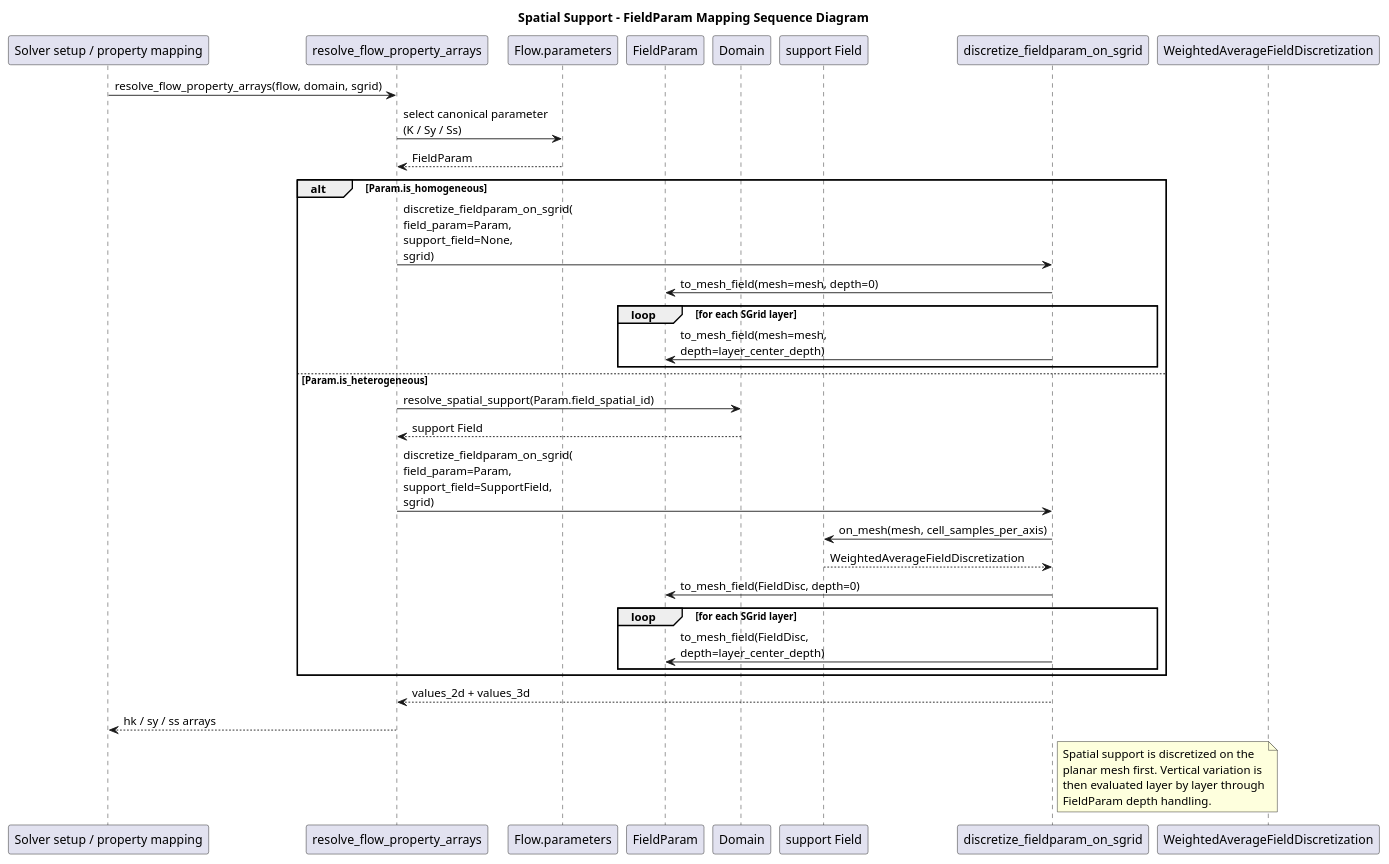
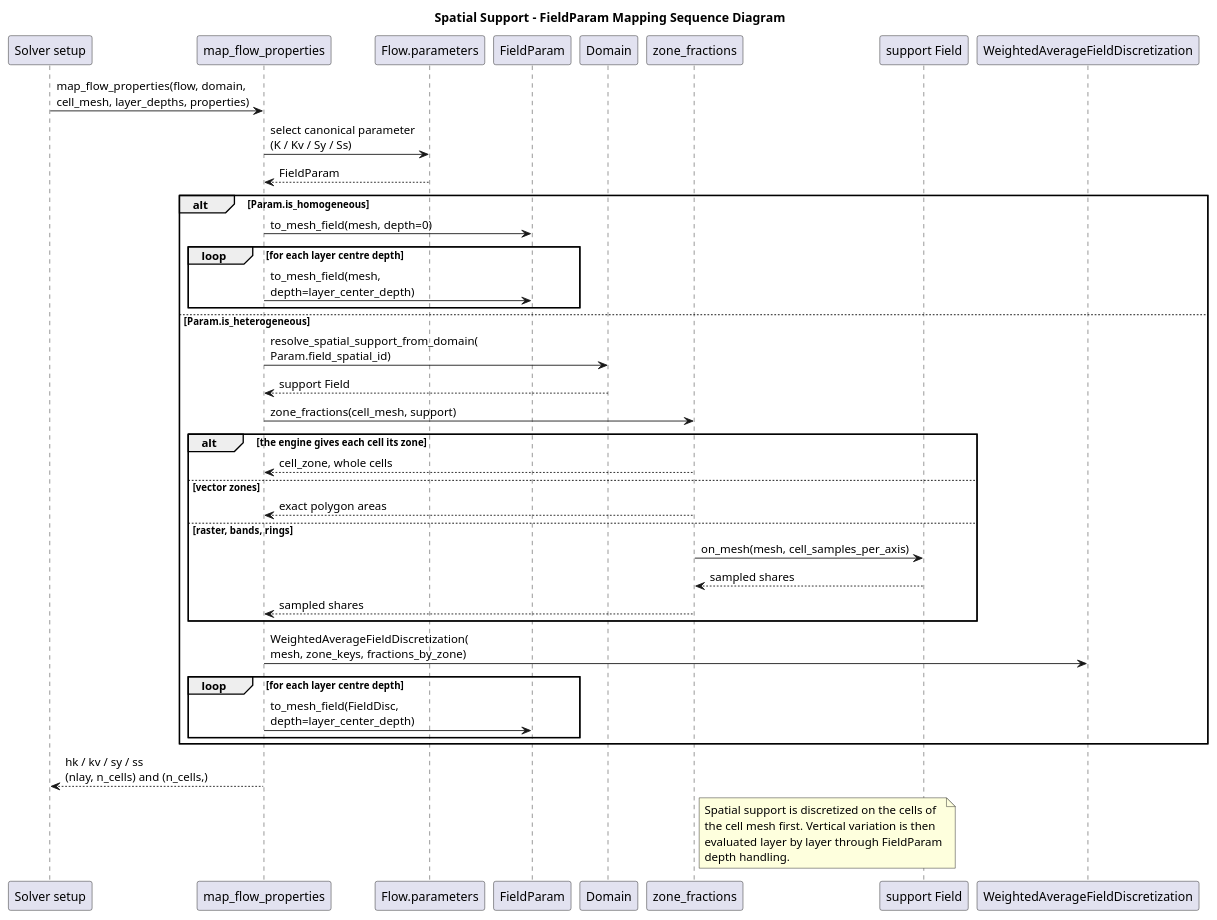
One commit to HydroModPy/HydroModPy changed the diagram in docs/source/contribute/architecture/spatial_support/diagrams/spatial_support_fieldparam_sequence.wsd. Above: the diagram before and after it, drawn with PlantUML. The commit also changed 367 other files, not shown here.

```diff
--- a/docs/source/contribute/architecture/spatial_support/diagrams/spatial_support_fieldparam_sequence.wsd
+++ b/docs/source/contribute/architecture/spatial_support/diagrams/spatial_support_fieldparam_sequence.wsd
@@ -1,45 +1,50 @@
 @startuml
 title Spatial Support - FieldParam Mapping Sequence Diagram
 
-participant "Solver setup / property mapping" as Solver
-participant "resolve_flow_property_arrays" as PropertyMapping
+participant "Solver setup" as Solver
+participant "map_flow_properties" as PropertyMapping
 participant "Flow.parameters" as FlowParams
 participant "FieldParam" as Param
 participant "Domain" as Domain
+participant "zone_fractions" as Fractions
 participant "support Field" as SupportField
-participant "discretize_fieldparam_on_sgrid" as Discretizer
 participant "WeightedAverageFieldDiscretization" as FieldDisc
 
-Solver -> PropertyMapping: resolve_flow_property_arrays(flow, domain, sgrid)
-PropertyMapping -> FlowParams: select canonical parameter\n(K / Sy / Ss)
+Solver -> PropertyMapping: map_flow_properties(flow, domain,\ncell_mesh, layer_depths, properties)
+PropertyMapping -> FlowParams: select canonical parameter\n(K / Kv / Sy / Ss)
 FlowParams --> PropertyMapping: FieldParam
 
 alt Param.is_homogeneous
-  PropertyMapping -> Discretizer: discretize_fieldparam_on_sgrid(\nfield_param=Param,\nsupport_field=None,\nsgrid)
-  Discretizer -> Param: to_mesh_field(mesh=mesh, depth=0)
-  loop for each SGrid layer
-    Discretizer -> Param: to_mesh_field(mesh=mesh,\ndepth=layer_center_depth)
+  PropertyMapping -> Param: to_mesh_field(mesh, depth=0)
+  loop for each layer centre depth
+    PropertyMapping -> Param: to_mesh_field(mesh,\ndepth=layer_center_depth)
   end
 else Param.is_heterogeneous
-  PropertyMapping -> Domain: resolve_spatial_support(Param.field_spatial_id)
+  PropertyMapping -> Domain: resolve_spatial_support_from_domain(\nParam.field_spatial_id)
   Domain --> PropertyMapping: support Field
-  PropertyMapping -> Discretizer: discretize_fieldparam_on_sgrid(\nfield_param=Param,\nsupport_field=SupportField,\nsgrid)
-  Discretizer -> SupportField: on_mesh(mesh, cell_samples_per_axis)
-  SupportField --> Discretizer: WeightedAverageFieldDiscretization
-  Discretizer -> Param: to_mesh_field(FieldDisc, depth=0)
-  loop for each SGrid layer
-    Discretizer -> Param: to_mesh_field(FieldDisc,\ndepth=layer_center_depth)
+  PropertyMapping -> Fractions: zone_fractions(cell_mesh, support)
+  alt the engine gives each cell its zone
+    Fractions --> PropertyMapping: cell_zone, whole cells
+  else vector zones
+    Fractions --> PropertyMapping: exact polygon areas
+  else raster, bands, rings
+    Fractions -> SupportField: on_mesh(mesh, cell_samples_per_axis)
+    SupportField --> Fractions: sampled shares
+    Fractions --> PropertyMapping: sampled shares
+  end
+  PropertyMapping -> FieldDisc: WeightedAverageFieldDiscretization(\nmesh, zone_keys, fractions_by_zone)
+  loop for each layer centre depth
+    PropertyMapping -> Param: to_mesh_field(FieldDisc,\ndepth=layer_center_depth)
   end
 end
 
-Discretizer --> PropertyMapping: values_2d + values_3d
-PropertyMapping --> Solver: hk / sy / ss arrays
+PropertyMapping --> Solver: hk / kv / sy / ss\n(nlay, n_cells) and (n_cells,)
 
-note right of Discretizer
-Spatial support is discretized on the
-planar mesh first. Vertical variation is
-then evaluated layer by layer through
-FieldParam depth handling.
+note right of Fractions
+Spatial support is discretized on the cells of
+the cell mesh first. Vertical variation is then
+evaluated layer by layer through FieldParam
+depth handling.
 end note
 
 @enduml
```
